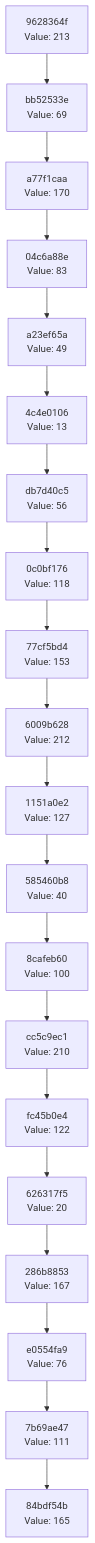
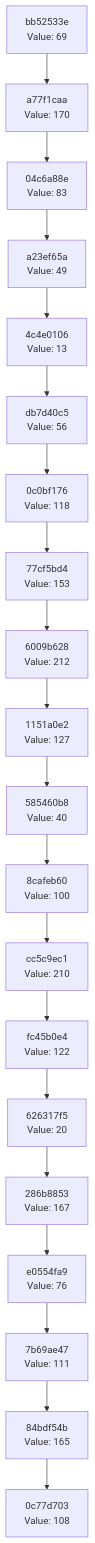
One commit to Abhisheksinha1506/hash-chain-evolver changed the diagram in docs/CHAIN_VISUALIZATION.md. Above: the diagram before and after it, drawn with Mermaid. The commit also changed 3 other files, not shown here.

````diff
--- a/docs/CHAIN_VISUALIZATION.md
+++ b/docs/CHAIN_VISUALIZATION.md
@@ -3,42 +3,42 @@
 ```mermaid
 graph TD
-    C0["84bdf54b<br/>Value: 165"]
-    C1["7b69ae47<br/>Value: 111"]
+    C0["0c77d703<br/>Value: 108"]
+    C1["84bdf54b<br/>Value: 165"]
     C1 --> C0
-    C2["e0554fa9<br/>Value: 76"]
+    C2["7b69ae47<br/>Value: 111"]
     C2 --> C1
-    C3["286b8853<br/>Value: 167"]
+    C3["e0554fa9<br/>Value: 76"]
     C3 --> C2
-    C4["626317f5<br/>Value: 20"]
+    C4["286b8853<br/>Value: 167"]
     C4 --> C3
-    C5["fc45b0e4<br/>Value: 122"]
+    C5["626317f5<br/>Value: 20"]
     C5 --> C4
-    C6["cc5c9ec1<br/>Value: 210"]
+    C6["fc45b0e4<br/>Value: 122"]
     C6 --> C5
-    C7["8cafeb60<br/>Value: 100"]
+    C7["cc5c9ec1<br/>Value: 210"]
     C7 --> C6
-    C8["585460b8<br/>Value: 40"]
+    C8["8cafeb60<br/>Value: 100"]
     C8 --> C7
-    C9["1151a0e2<br/>Value: 127"]
+    C9["585460b8<br/>Value: 40"]
     C9 --> C8
-    C10["6009b628<br/>Value: 212"]
+    C10["1151a0e2<br/>Value: 127"]
     C10 --> C9
-    C11["77cf5bd4<br/>Value: 153"]
+    C11["6009b628<br/>Value: 212"]
     C11 --> C10
-    C12["0c0bf176<br/>Value: 118"]
+    C12["77cf5bd4<br/>Value: 153"]
     C12 --> C11
-    C13["db7d40c5<br/>Value: 56"]
+    C13["0c0bf176<br/>Value: 118"]
     C13 --> C12
-    C14["4c4e0106<br/>Value: 13"]
+    C14["db7d40c5<br/>Value: 56"]
     C14 --> C13
-    C15["a23ef65a<br/>Value: 49"]
+    C15["4c4e0106<br/>Value: 13"]
     C15 --> C14
-    C16["04c6a88e<br/>Value: 83"]
+    C16["a23ef65a<br/>Value: 49"]
     C16 --> C15
-    C17["a77f1caa<br/>Value: 170"]
+    C17["04c6a88e<br/>Value: 83"]
     C17 --> C16
-    C18["bb52533e<br/>Value: 69"]
+    C18["a77f1caa<br/>Value: 170"]
     C18 --> C17
-    C19["9628364f<br/>Value: 213"]
+    C19["bb52533e<br/>Value: 69"]
     C19 --> C18
 ```
````
